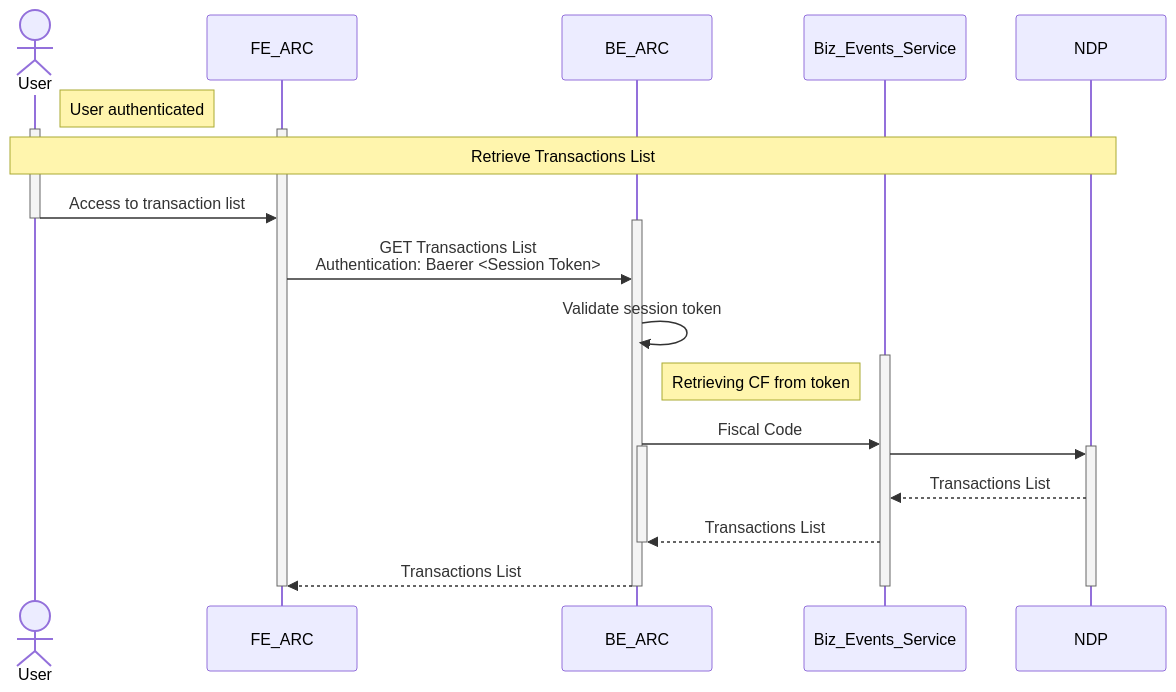
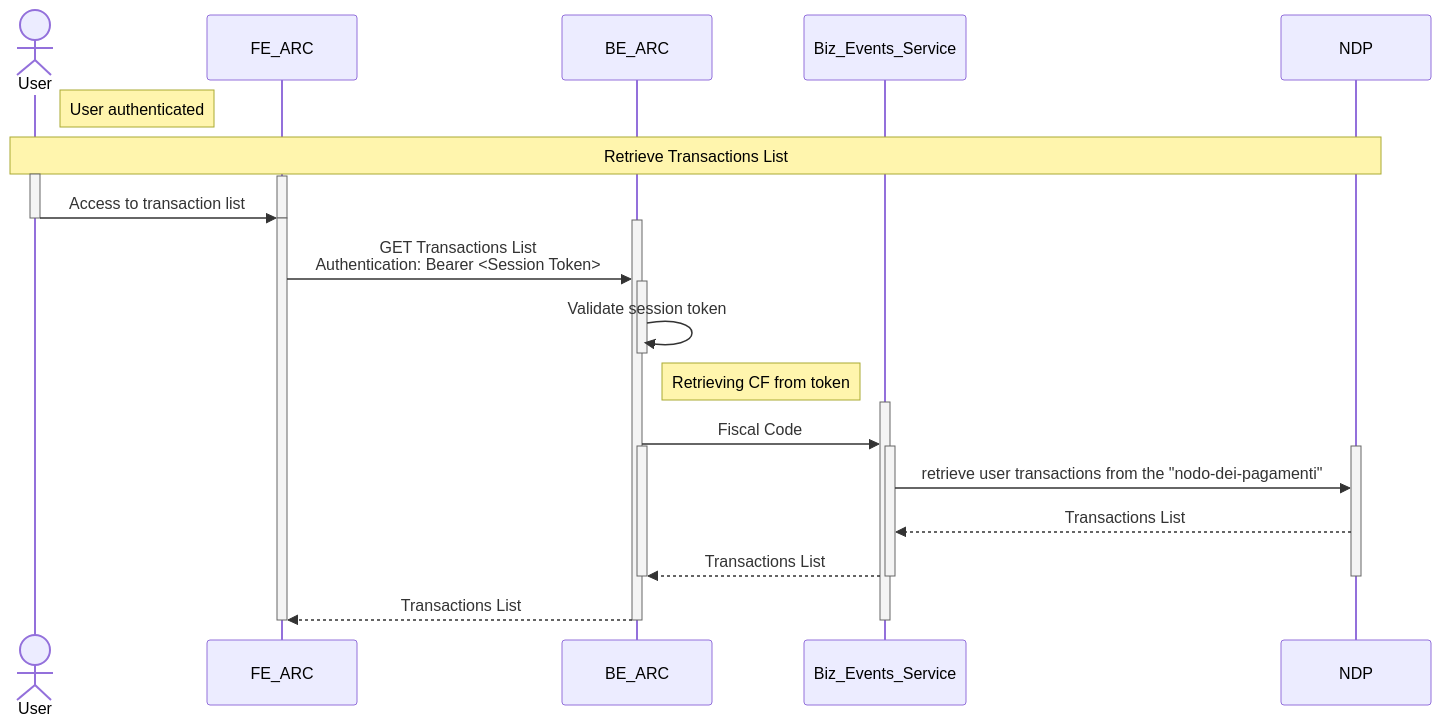
One commit to pagopa/p4pa-doc changed the diagram in design/arc/sequence_diagram_transactionsList.mmd. Above: the diagram before and after it, drawn with Mermaid. The commit also changed 1 other file, not shown here.

Commit message:
P4PU-64 updated sequence diagram

```diff
--- a/design/arc/sequence_diagram_transactionsList.mmd
+++ b/design/arc/sequence_diagram_transactionsList.mmd
@@ -1,30 +1,36 @@
 sequenceDiagram
 actor User
 participant FE_ARC
 participant BE_ARC
 participant Biz_Events_Service
 participant NDP
 
 note right of User: User authenticated
+note over User, NDP : Retrieve Transactions List
     activate User
     activate FE_ARC
-note over User, NDP : Retrieve Transactions List
         User ->> FE_ARC : Access to transaction list
     deactivate User
+    deactivate FE_ARC
+    activate FE_ARC
     activate BE_ARC
-        FE_ARC ->> BE_ARC : GET Transactions List <br> Authentication: Baerer <Session Token>
+        FE_ARC ->> BE_ARC : GET Transactions List <br> Authentication: Bearer <Session Token>
+    activate BE_ARC
         BE_ARC ->> BE_ARC : Validate session token
-    activate Biz_Events_Service
-    note right of BE_ARC : Retrieving CF from token
+    deactivate BE_ARC
+note right of BE_ARC : Retrieving CF from token
+     activate Biz_Events_Service
         BE_ARC ->> Biz_Events_Service : Fiscal Code
     activate NDP
     activate BE_ARC
-        Biz_Events_Service ->> NDP :
+    activate Biz_Events_Service
+        Biz_Events_Service ->> NDP: retrieve user transactions from the "nodo-dei-pagamenti"
         NDP -->> Biz_Events_Service : Transactions List
         Biz_Events_Service -->> BE_ARC : Transactions List
+    deactivate Biz_Events_Service
     deactivate BE_ARC
+    deactivate NDP
         BE_ARC -->> FE_ARC : Transactions List
-    deactivate NDP
     deactivate BE_ARC
     deactivate FE_ARC
     deactivate Biz_Events_Service
```
